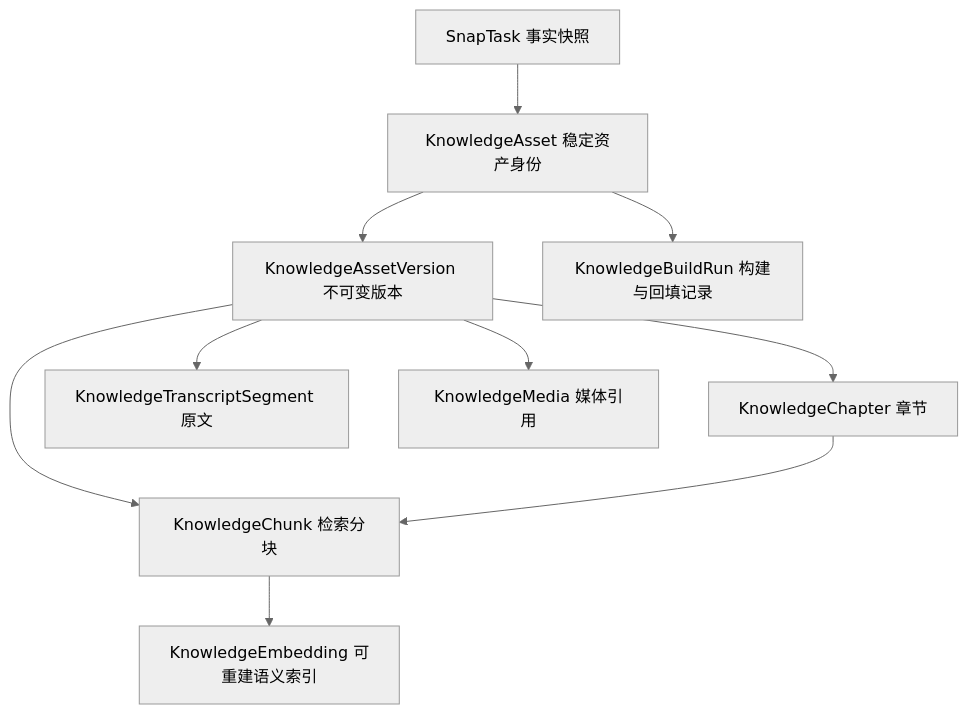
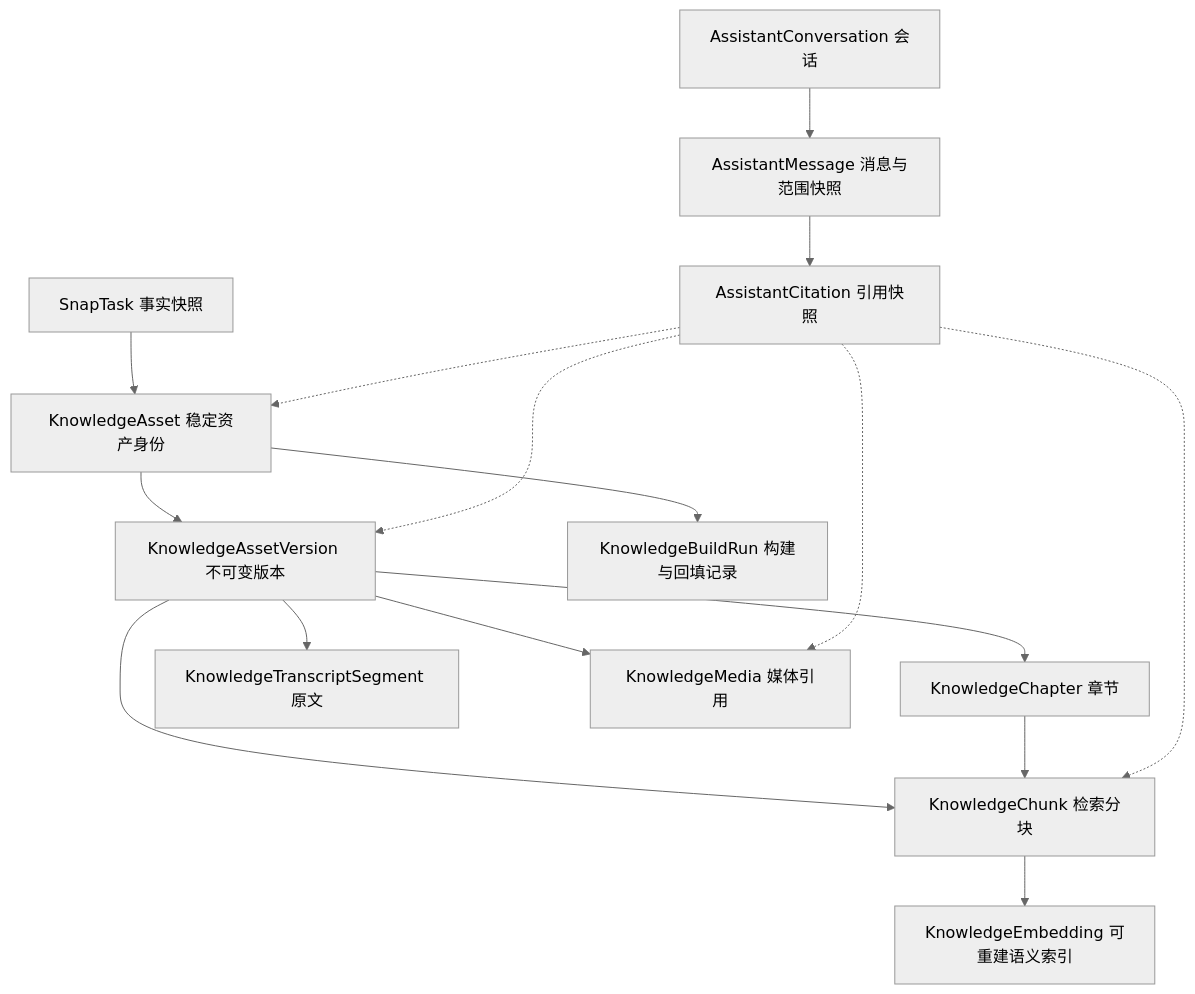
One commit to guyue356/SnapNote changed the sixth of 6 diagrams in README.md. Above: the diagram before and after it, drawn with Mermaid (neutral theme). The commit also changed other lines of this file and 35 other files, not shown here.

````diff
--- a/README.md
+++ b/README.md
@@ -559,12 +680,18 @@
 ```mermaid
 flowchart TD
     Task["SnapTask 事实快照"] --> Asset["KnowledgeAsset 稳定资产身份"]
     Asset --> Version["KnowledgeAssetVersion 不可变版本"]
     Asset --> Run["KnowledgeBuildRun 构建与回填记录"]
     Version --> Chapter["KnowledgeChapter 章节"]
     Version --> Transcript["KnowledgeTranscriptSegment 原文"]
     Version --> Chunk["KnowledgeChunk 检索分块"]
     Chunk --> Embedding["KnowledgeEmbedding 可重建语义索引"]
     Version --> Media["KnowledgeMedia 媒体引用"]
     Chapter --> Chunk
+    Conversation["AssistantConversation 会话"] --> Message["AssistantMessage 消息与范围快照"]
+    Message --> Citation["AssistantCitation 引用快照"]
+    Citation -.-> Asset
+    Citation -.-> Version
+    Citation -.-> Chunk
+    Citation -.-> Media
 ```
````
